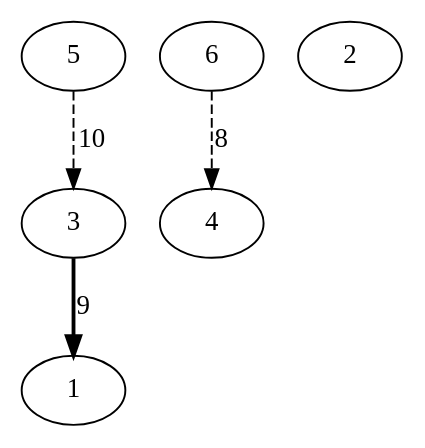
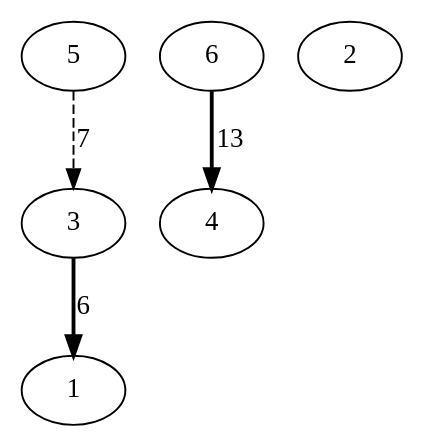
Before and after one commit to Musab1Blaser/DynamicTrees_NF: the diagram in combined_graph.dot, drawn with Graphviz. The commit also changed 3 other files, not shown here.

Commit message:
flow finalised

```diff
--- a/combined_graph.dot
+++ b/combined_graph.dot
@@ -1,11 +1,11 @@
 digraph G {
-3 -> 1 [style=bold, label=9];
-5 -> 3 [style=dashed, label=10];
-6 -> 4 [style=dashed, label=8];
+3 -> 1 [style=bold, label=6];
+6 -> 4 [style=bold, label=13];
+5 -> 3 [style=dashed, label=7];
 1; 
 2; 
 3; 
 4; 
 5; 
 6; 
 }
```
